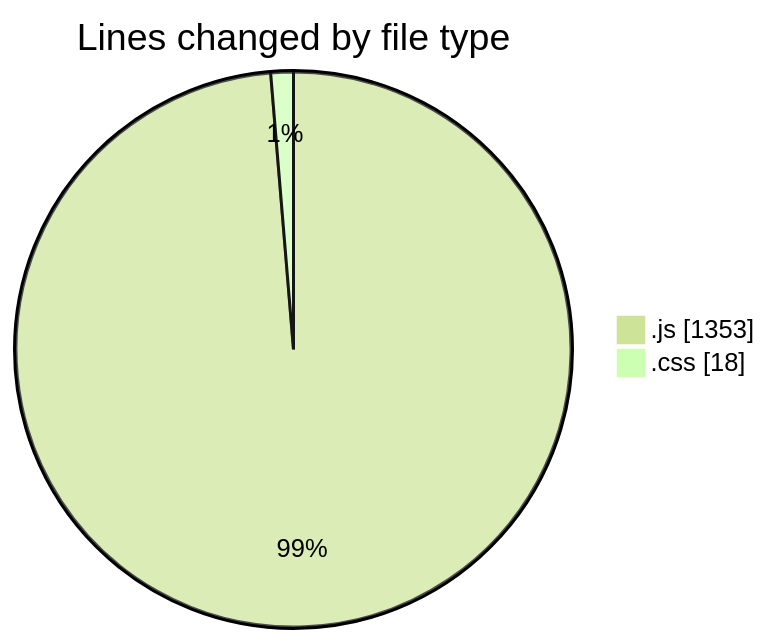
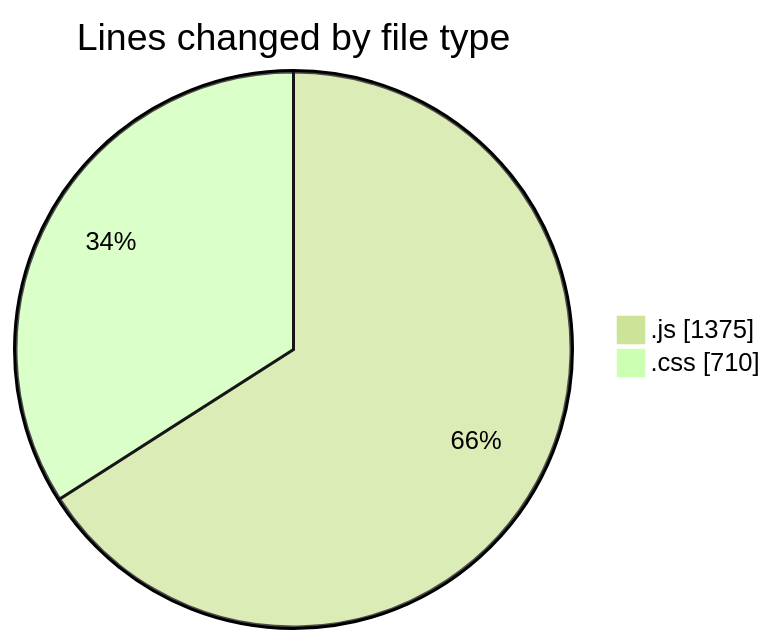
Before and after one commit to lephambinh05/code-tracking: the first of 2 diagrams in 2025-09-03/quytuthien_vn/README.md, drawn with Mermaid (forest theme). The commit also changed other lines of this file and 1 other file, not shown here.

````diff
--- a/2025-09-03/quytuthien_vn/README.md
+++ b/2025-09-03/quytuthien_vn/README.md
@@ -33,6 +36,6 @@
 ```mermaid
 pie showData
 title Lines changed by file type
-".js" : 1353
-".css" : 18
+".js" : 1375
+".css" : 710
 ```
````
